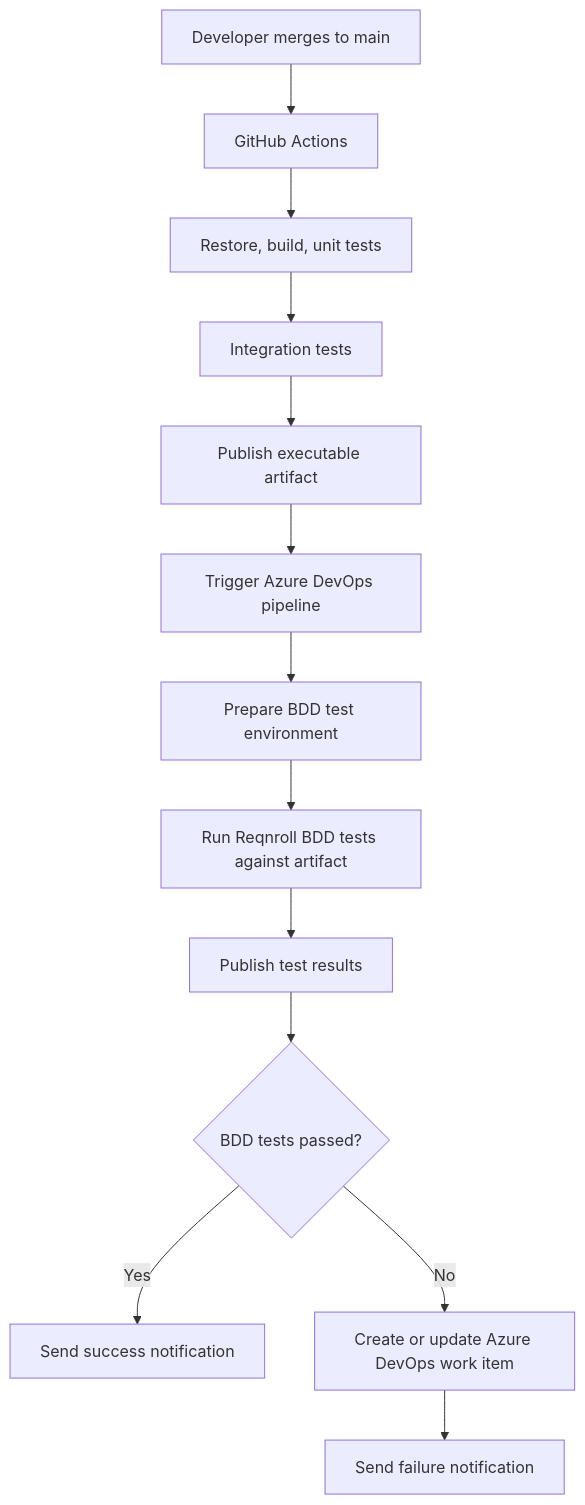
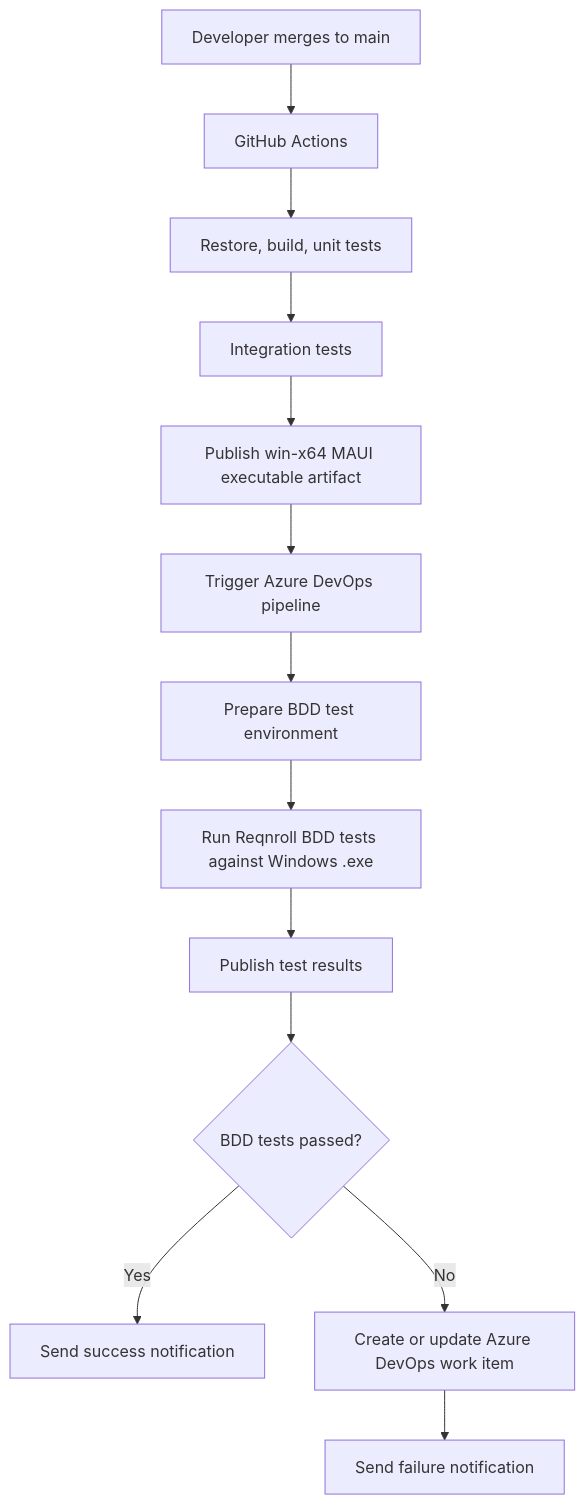
The diagram in README.md (GokulaKrishnanRGK/dotnet-ado-test-automation-pipeline), drawn with Mermaid before and after one commit. The commit also changed other lines of this file, not shown here.

Commit message:
Update README for MAUI direction

````diff
--- a/README.md
+++ b/README.md
@@ -9,15 +9,15 @@
 ```mermaid
 flowchart TD
     A["Developer merges to main"] --> B["GitHub Actions"]
     B --> C["Restore, build, unit tests"]
     C --> D["Integration tests"]
-    D --> E["Publish executable artifact"]
+    D --> E["Publish win-x64 MAUI executable artifact"]
     E --> F["Trigger Azure DevOps pipeline"]
     F --> G["Prepare BDD test environment"]
-    G --> H["Run Reqnroll BDD tests against artifact"]
+    G --> H["Run Reqnroll BDD tests against Windows .exe"]
     H --> I["Publish test results"]
     I --> J{"BDD tests passed?"}
     J -- "Yes" --> K["Send success notification"]
     J -- "No" --> L["Create or update Azure DevOps work item"]
     L --> M["Send failure notification"]
 ```
````
